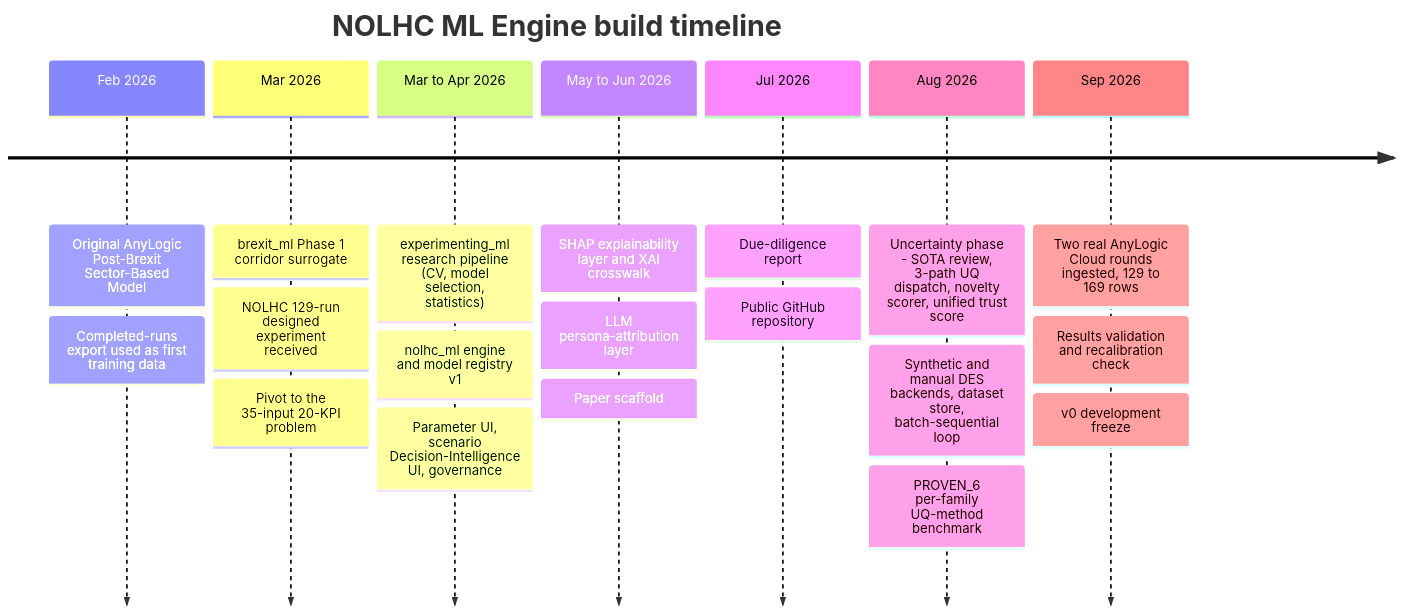
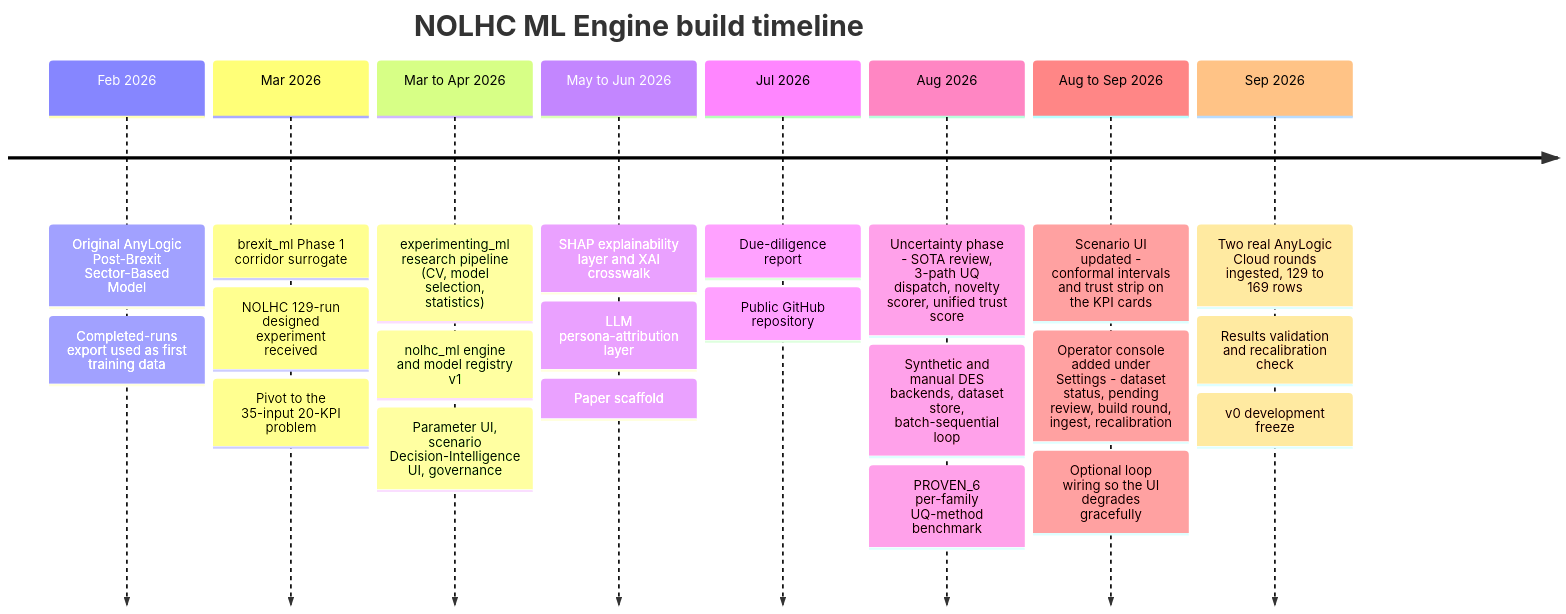
The first of 3 diagrams in docs/NOLHC_ML_Engine_Technical_Report.md (nilashree28-wq/NOLHC-ML-Engine), drawn with Mermaid before and after one commit. The commit also changed other lines of this file, not shown here.

Commit message:
docs: add scenario-UI update to the project-history timeline (§2)

````diff
--- a/docs/NOLHC_ML_Engine_Technical_Report.md
+++ b/docs/NOLHC_ML_Engine_Technical_Report.md
@@ -69,11 +69,12 @@
 ```mermaid
 timeline
     title NOLHC ML Engine build timeline
     Feb 2026 : Original AnyLogic Post-Brexit Sector-Based Model : Completed-runs export used as first training data
     Mar 2026 : brexit_ml Phase 1 corridor surrogate : NOLHC 129-run designed experiment received : Pivot to the 35-input 20-KPI problem
     Mar to Apr 2026 : experimenting_ml research pipeline (CV, model selection, statistics) : nolhc_ml engine and model registry v1 : Parameter UI, scenario Decision-Intelligence UI, governance
     May to Jun 2026 : SHAP explainability layer and XAI crosswalk : LLM persona-attribution layer : Paper scaffold
     Jul 2026 : Due-diligence report : Public GitHub repository
     Aug 2026 : Uncertainty phase - SOTA review, 3-path UQ dispatch, novelty scorer, unified trust score : Synthetic and manual DES backends, dataset store, batch-sequential loop : PROVEN_6 per-family UQ-method benchmark
+    Aug to Sep 2026 : Scenario UI updated - conformal intervals and trust strip on the KPI cards : Operator console added under Settings - dataset status, pending review, build round, ingest, recalibration : Optional loop wiring so the UI degrades gracefully
     Sep 2026 : Two real AnyLogic Cloud rounds ingested, 129 to 169 rows : Results validation and recalibration check : v0 development freeze
 ```
````
